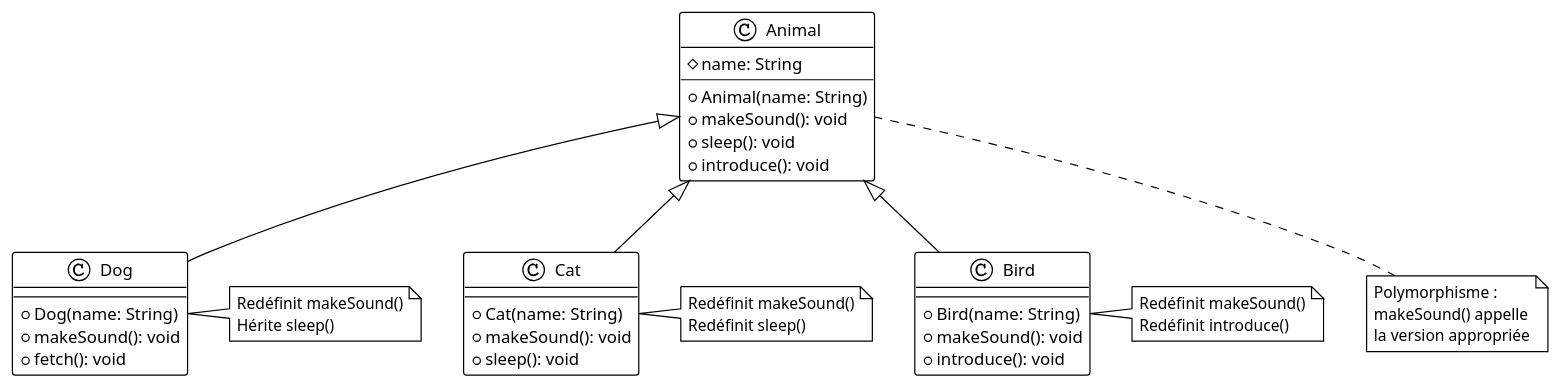
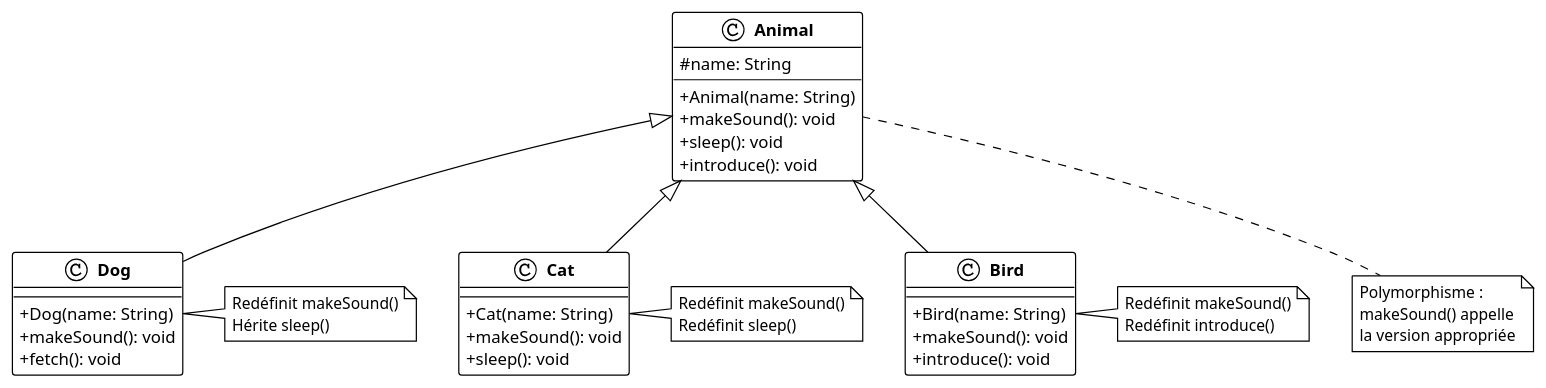
Before and after one commit to heig-vd-progim-course/heig-vd-progim2-course: the diagram in 01-contenus-du-cours/05-programmation-orientee-objet-encapsulation-et-heritage/images/exemple-06-redefinition-methode.puml, drawn with PlantUML. The commit also changed 89 other files, not shown here.

Commit message:
Enhance UML diagrams for vehicles without inheritance

```diff
--- a/01-contenus-du-cours/05-programmation-orientee-objet-encapsulation-et-heritage/images/exemple-06-redefinition-methode.puml
+++ b/01-contenus-du-cours/05-programmation-orientee-objet-encapsulation-et-heritage/images/exemple-06-redefinition-methode.puml
@@ -1,59 +1,64 @@
-@startuml
+@startuml exemple-06-redefinition-methode
 !theme plain
+
+skinparam classAttributeIconSize 0
+skinparam classFontStyle bold
 
 class Animal {
   # name: String
   --
   + Animal(name: String)
   + makeSound(): void
   + sleep(): void
   + introduce(): void
 }
 
 class Dog {
   --
   + Dog(name: String)
   + makeSound(): void
   + fetch(): void
 }
 
 class Cat {
   --
   + Cat(name: String)
   + makeSound(): void
   + sleep(): void
 }
 
 class Bird {
   --
   + Bird(name: String)
   + makeSound(): void
   + introduce(): void
 }
 
 Animal <|-- Dog
 Animal <|-- Cat
 Animal <|-- Bird
 
 note right of Dog
   Redéfinit makeSound()
   Hérite sleep()
 end note
 
 note right of Cat
   Redéfinit makeSound()
   Redéfinit sleep()
 end note
 
 note right of Bird
   Redéfinit makeSound()
   Redéfinit introduce()
 end note
 
 note bottom of Animal
   Polymorphisme :
   makeSound() appelle
   la version appropriée
 end note
 
+
+
 @enduml
```
